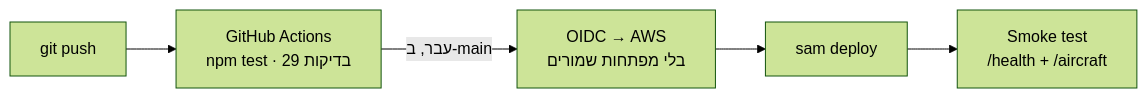
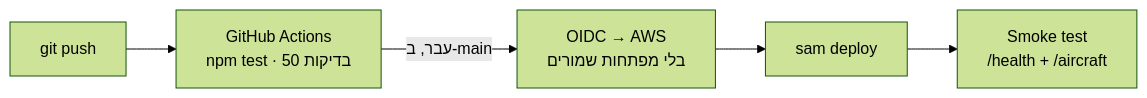
One commit to ackerme/natbag-monitor changed the second of 2 diagrams in README.md. Above: the diagram before and after it, drawn with Mermaid (forest theme). The commit also changed other lines of this file and 2 other files, not shown here.

````diff
--- a/README.md
+++ b/README.md
@@ -48,7 +53,7 @@
 ```mermaid
 flowchart LR
-    D[git push] --> T[GitHub Actions<br/>npm test · 29 בדיקות]
+    D[git push] --> T[GitHub Actions<br/>npm test · 50 בדיקות]
     T -->|עבר, ב-main| O[OIDC → AWS<br/>בלי מפתחות שמורים]
     O --> S[sam deploy]
     S --> H[Smoke test<br/>/health + /aircraft]
 ```
````
